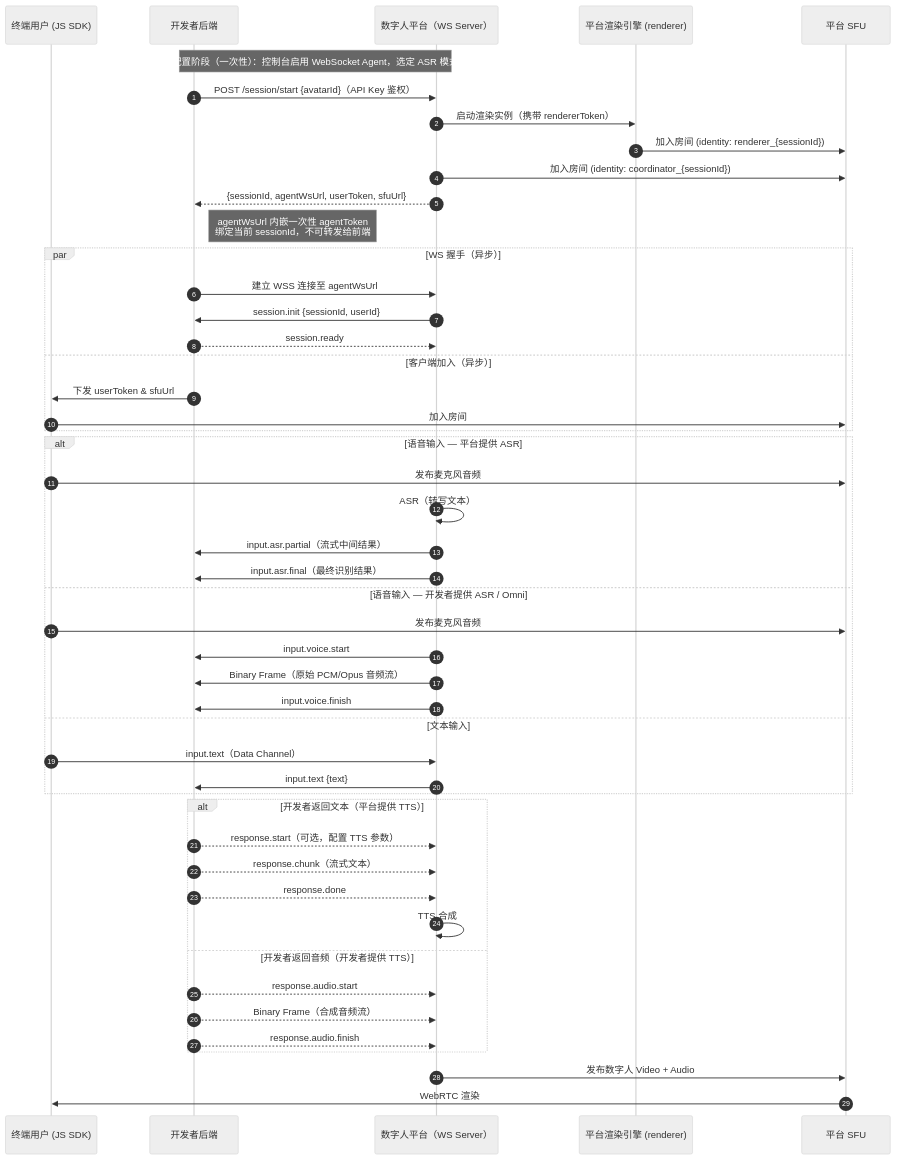
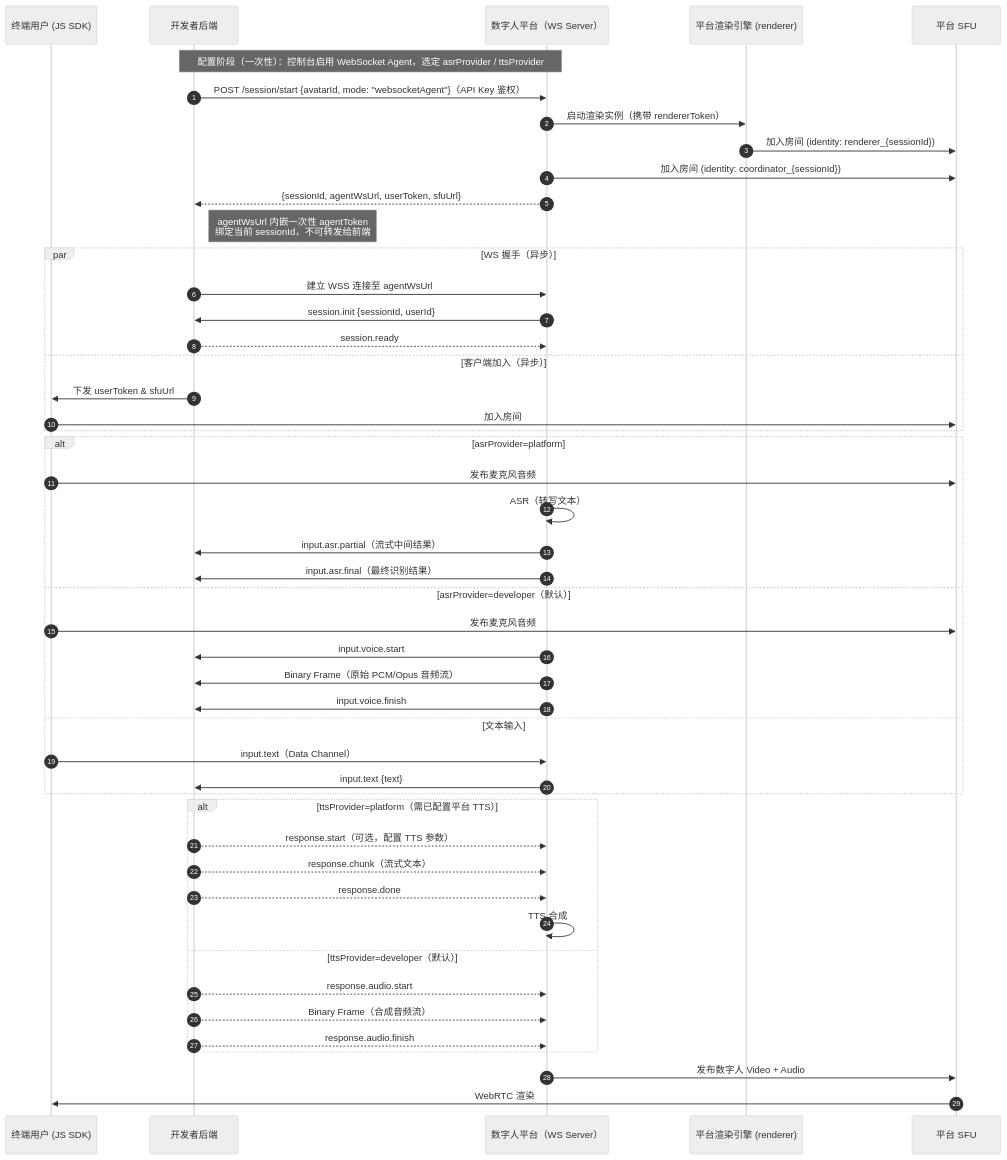
Before and after one commit to newportAI-lab/liveavatar-integration-guide: the first of 3 diagrams in Live Avatar Integration Guide.zh-CN.md, drawn with Mermaid (neutral theme). The commit also changed other lines of this file and 2 other files, not shown here.

````diff
--- a/Live Avatar Integration Guide.zh-CN.md
+++ b/Live Avatar Integration Guide.zh-CN.md
@@ -301,56 +321,56 @@
 ```mermaid
 sequenceDiagram
     autonumber
     participant Client as 终端用户 (JS SDK)
     participant Backend as 开发者后端
     participant Platform as 数字人平台（WS Server）
     participant Renderer as 平台渲染引擎 (renderer)
     participant SFU as 平台 SFU
 
-    Note over Backend, Platform: 配置阶段（一次性）：控制台启用 WebSocket Agent，选定 ASR 模式
+    Note over Backend, Platform: 配置阶段（一次性）：控制台启用 WebSocket Agent，选定 asrProvider / ttsProvider
 
-    Backend->>Platform: POST /session/start {avatarId}（API Key 鉴权）
+    Backend->>Platform: POST /session/start {avatarId, mode: "websocketAgent"}（API Key 鉴权）
     Platform->>Renderer: 启动渲染实例（携带 rendererToken）
     Renderer->>SFU: 加入房间 (identity: renderer_{sessionId})
     Platform->>SFU: 加入房间 (identity: coordinator_{sessionId})
     Platform-->>Backend: {sessionId, agentWsUrl, userToken, sfuUrl}
     Note right of Backend: agentWsUrl 内嵌一次性 agentToken<br/>绑定当前 sessionId，不可转发给前端
 
     par WS 握手（异步）
         Backend->>Platform: 建立 WSS 连接至 agentWsUrl
         Platform->>Backend: session.init {sessionId, userId}
         Backend-->>Platform: session.ready
     and 客户端加入（异步）
         Backend->>Client: 下发 userToken & sfuUrl
         Client->>SFU: 加入房间
     end
 
-    alt 语音输入 — 平台提供 ASR
+    alt asrProvider=platform
         Client->>SFU: 发布麦克风音频
         Platform->>Platform: ASR（转写文本）
         Platform->>Backend: input.asr.partial（流式中间结果）
         Platform->>Backend: input.asr.final（最终识别结果）
-    else 语音输入 — 开发者提供 ASR / Omni
+    else asrProvider=developer（默认）
         Client->>SFU: 发布麦克风音频
         Platform->>Backend: input.voice.start
         Platform->>Backend: Binary Frame（原始 PCM/Opus 音频流）
         Platform->>Backend: input.voice.finish
     else 文本输入
         Client->>Platform: input.text（Data Channel）
         Platform->>Backend: input.text {text}
     end
 
-    alt 开发者返回文本（平台提供 TTS）
+    alt ttsProvider=platform（需已配置平台 TTS）
         Backend-->>Platform: response.start（可选，配置 TTS 参数）
         Backend-->>Platform: response.chunk（流式文本）
         Backend-->>Platform: response.done
         Platform->>Platform: TTS 合成
-    else 开发者返回音频（开发者提供 TTS）
+    else ttsProvider=developer（默认）
         Backend-->>Platform: response.audio.start
         Backend-->>Platform: Binary Frame（合成音频流）
         Backend-->>Platform: response.audio.finish
     end
 
     Platform->>SFU: 发布数字人 Video + Audio
     SFU->>Client: WebRTC 渲染
 ```
````
